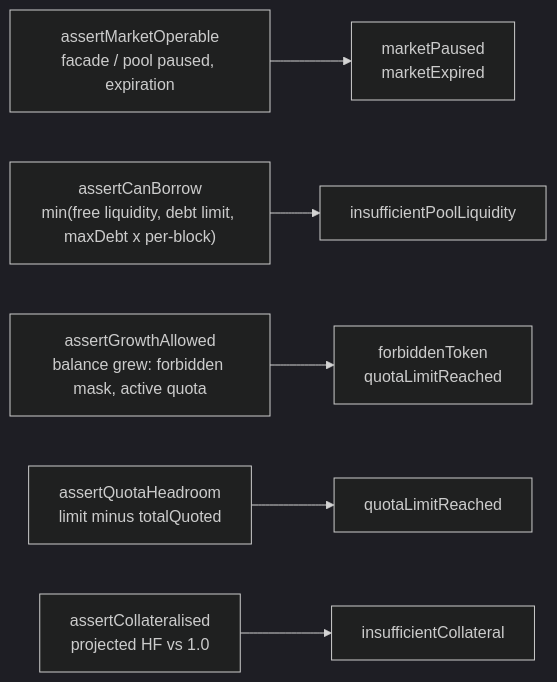
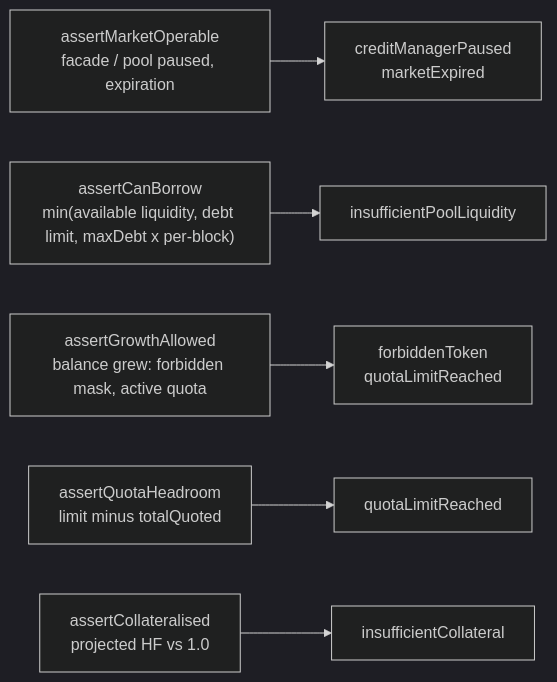
The second of 3 diagrams in docs/intents/README.md (Gearbox-protocol/sdk), drawn with Mermaid (dark theme) before and after one commit. The commit also changed other lines of this file and 50 other files, not shown here.

````diff
--- a/docs/intents/README.md
+++ b/docs/intents/README.md
@@ -162,8 +162,8 @@
 ```mermaid
 flowchart LR
-  m["assertMarketOperable<br/>facade / pool paused, expiration"] --> mp["marketPaused<br/>marketExpired"]
-  b["assertCanBorrow<br/>min(free liquidity, debt limit, maxDebt x per-block)"] --> bl["insufficientPoolLiquidity"]
+  m["assertMarketOperable<br/>facade / pool paused, expiration"] --> mp["creditManagerPaused<br/>marketExpired"]
+  b["assertCanBorrow<br/>min(available liquidity, debt limit, maxDebt x per-block)"] --> bl["insufficientPoolLiquidity"]
   g["assertGrowthAllowed<br/>balance grew: forbidden mask, active quota"] --> gr["forbiddenToken<br/>quotaLimitReached"]
   q["assertQuotaHeadroom<br/>limit minus totalQuoted"] --> qr["quotaLimitReached"]
   c["assertCollateralised<br/>projected HF vs 1.0"] --> cr["insufficientCollateral"]
 ```
````
